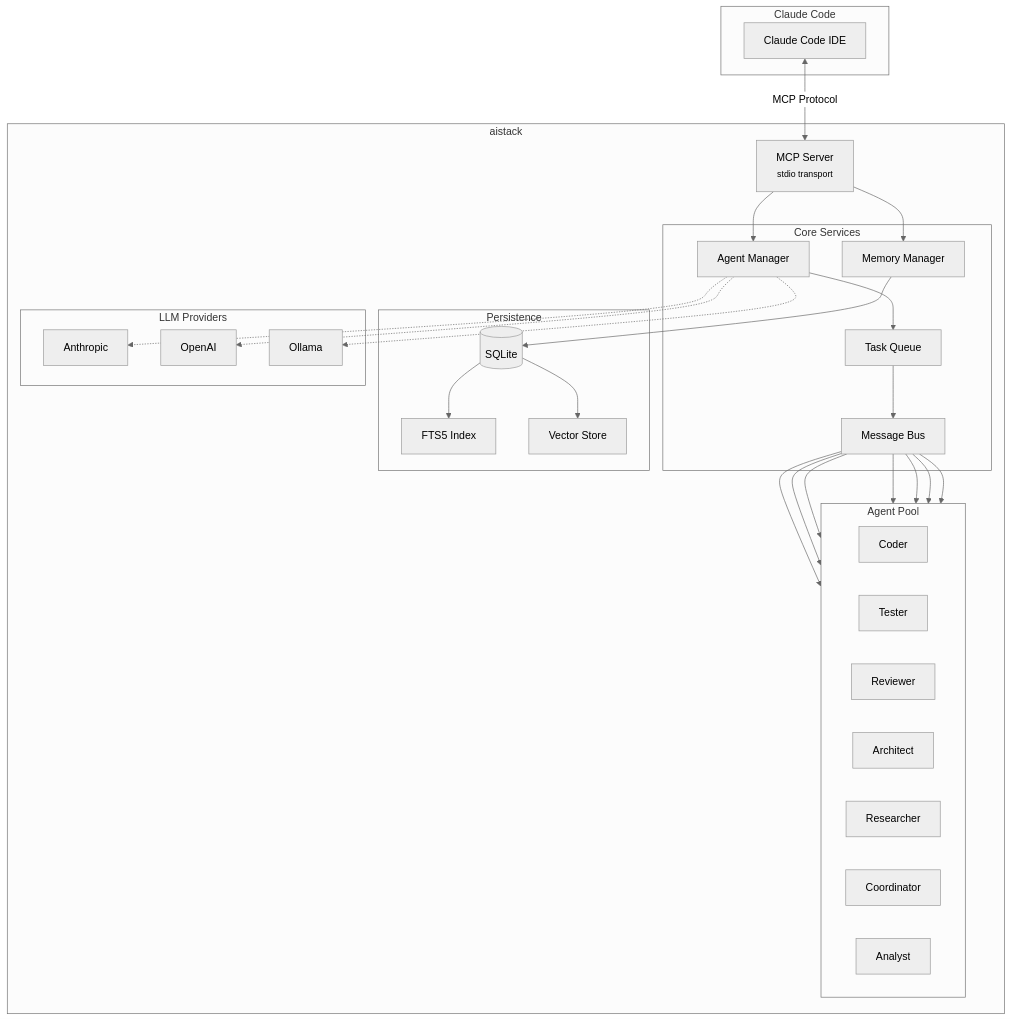
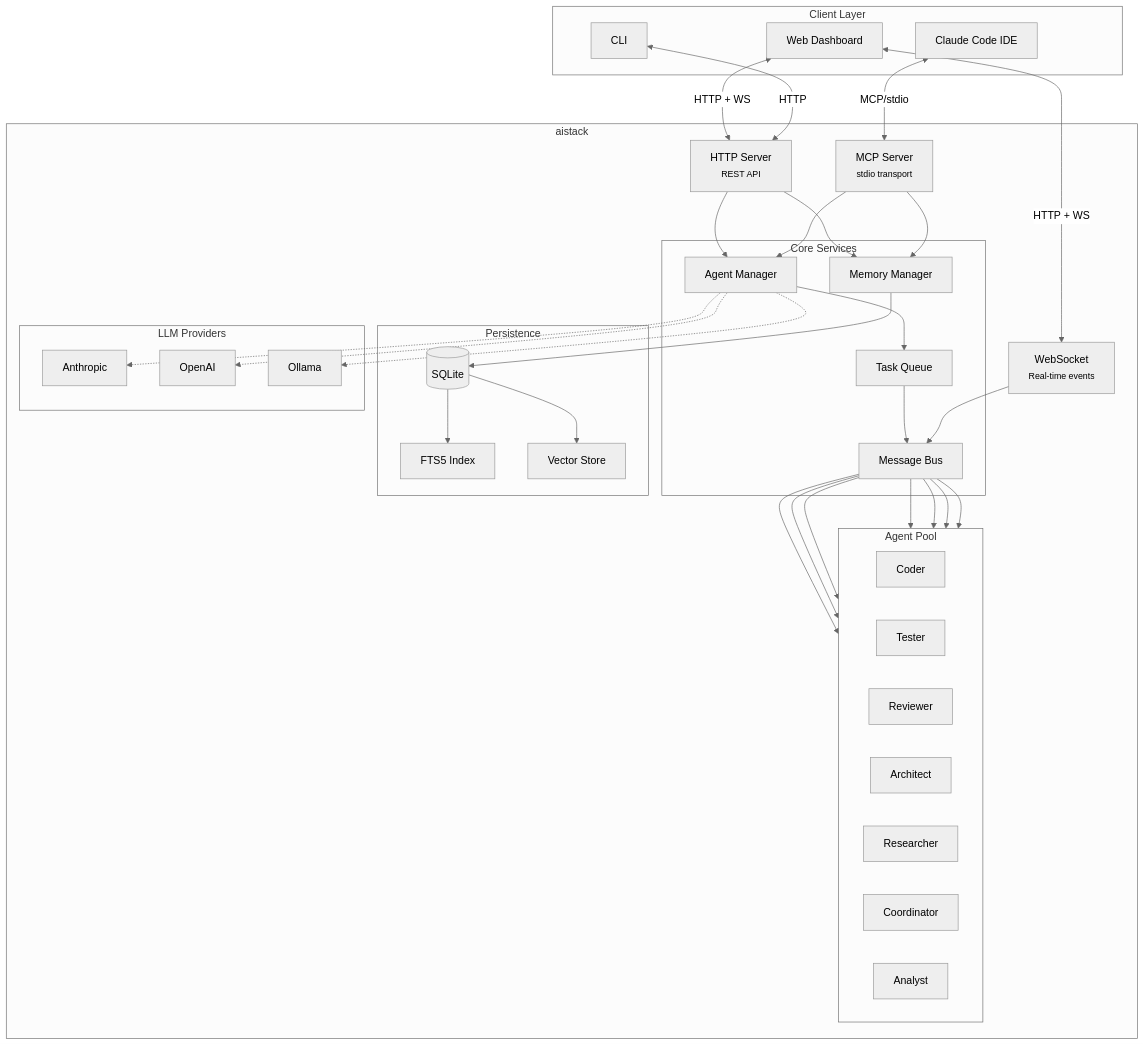
The first of 4 diagrams in README.md (blackms/aistack), drawn with Mermaid (neutral theme) before and after one commit. The commit also changed other lines of this file, not shown here.

First line of the commit message:
docs: enhance README with web dashboard and architecture diagrams

````diff
--- a/README.md
+++ b/README.md
@@ -127,47 +149,55 @@
 ```mermaid
 graph TB
-    subgraph "Claude Code"
+    subgraph Clients["Client Layer"]
         CC[Claude Code IDE]
+        CLI[CLI]
+        WEB[Web Dashboard]
     end
 
     subgraph "aistack"
         MCP["MCP Server<br/><small>stdio transport</small>"]
+        HTTP["HTTP Server<br/><small>REST API</small>"]
+        WS["WebSocket<br/><small>Real-time events</small>"]
 
         subgraph Core["Core Services"]
             AM[Agent Manager]
             MM[Memory Manager]
             TQ[Task Queue]
             MB[Message Bus]
         end
 
         subgraph Agents["Agent Pool"]
             direction LR
             A1[Coder]
             A2[Tester]
             A3[Reviewer]
             A4[Architect]
             A5[Researcher]
             A6[Coordinator]
             A7[Analyst]
         end
 
         subgraph Storage["Persistence"]
             SQL[(SQLite)]
             FTS[FTS5 Index]
             VEC[Vector Store]
         end
 
         subgraph Providers["LLM Providers"]
             ANT[Anthropic]
             OAI[OpenAI]
             OLL[Ollama]
         end
     end
 
-    CC <-->|"MCP Protocol"| MCP
-    MCP --> AM & MM
+    CC <-->|"MCP/stdio"| MCP
+    CLI <-->|"HTTP"| HTTP
+    WEB <-->|"HTTP + WS"| HTTP & WS
+
+    MCP & HTTP --> AM & MM
+    WS --> MB
     AM --> TQ --> MB
     MB --> A1 & A2 & A3 & A4 & A5 & A6 & A7
     MM --> SQL --> FTS & VEC
     AM -.-> ANT & OAI & OLL
 ```
````
